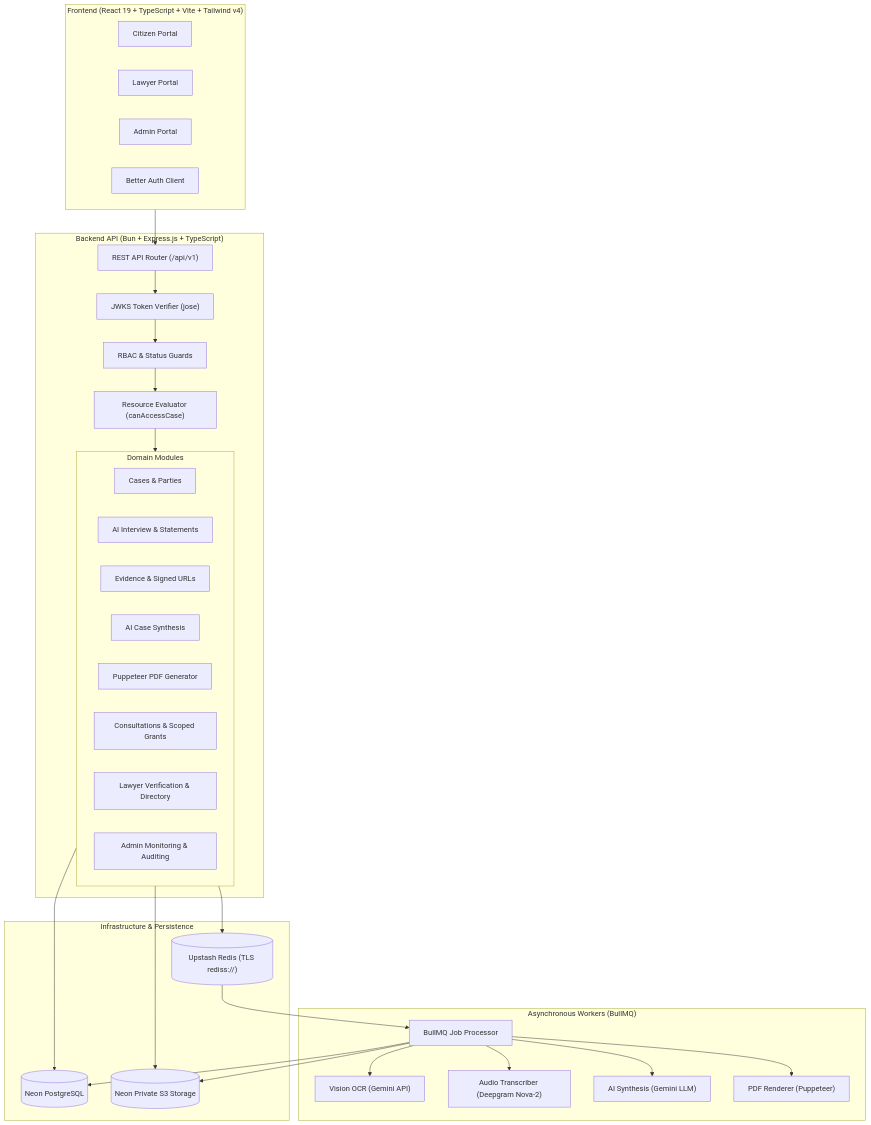
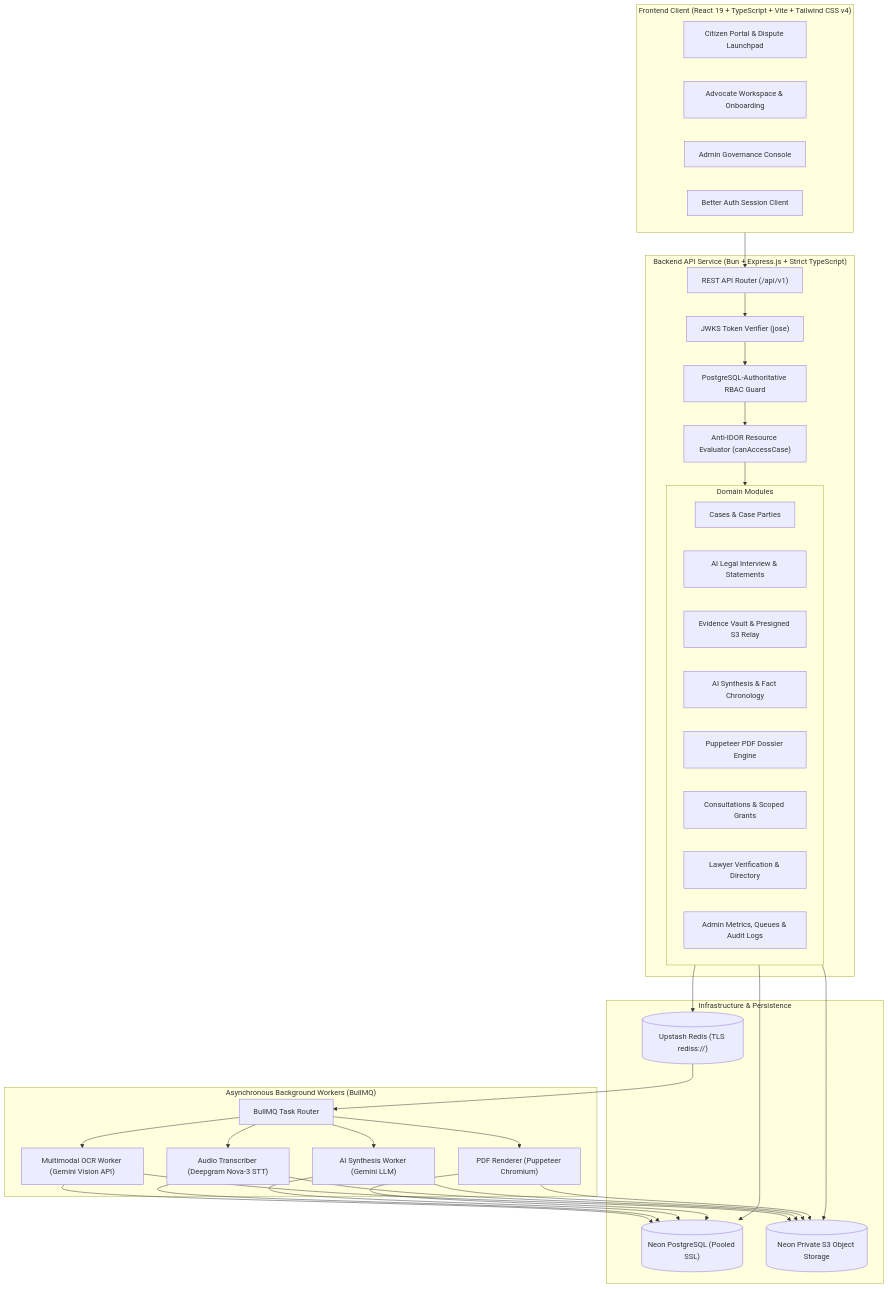
The first of 3 diagrams in README.md (nirajkr26/NyayaPacket-AI), drawn with Mermaid before and after one commit. The commit also changed other lines of this file, not shown here.

````diff
--- a/README.md
+++ b/README.md
@@ -13,51 +59,51 @@
 ```mermaid
 flowchart TB
-    subgraph Client["Frontend (React 19 + TypeScript + Vite + Tailwind v4)"]
-        CP["Citizen Portal"]
-        LP["Lawyer Portal"]
-        AP["Admin Portal"]
-        BetterAuthClient["Better Auth Client"]
+    subgraph Client["Frontend Client (React 19 + TypeScript + Vite + Tailwind CSS v4)"]
+        CP["Citizen Portal & Dispute Launchpad"]
+        LP["Advocate Workspace & Onboarding"]
+        AP["Admin Governance Console"]
+        AuthClient["Better Auth Session Client"]
     end
 
-    subgraph API["Backend API (Bun + Express.js + TypeScript)"]
+    subgraph API["Backend API Service (Bun + Express.js + Strict TypeScript)"]
         Gateway["REST API Router (/api/v1)"]
-        AuthMid["JWKS Token Verifier (jose)"]
-        RBACMid["RBAC & Status Guards"]
-        AuthzMid["Resource Evaluator (canAccessCase)"]
+        JWKSMid["JWKS Token Verifier (jose)"]
+        RBACMid["PostgreSQL-Authoritative RBAC Guard"]
+        AuthzMid["Anti-IDOR Resource Evaluator (canAccessCase)"]
         
-        subgraph Modules["Domain Modules"]
-            CaseM["Cases & Parties"]
-            InterviewM["AI Interview & Statements"]
-            EvidenceM["Evidence & Signed URLs"]
-            AnalysisM["AI Case Synthesis"]
-            PacketM["Puppeteer PDF Generator"]
-            ConsultM["Consultations & Scoped Grants"]
-            LawyerM["Lawyer Verification & Directory"]
-            AdminM["Admin Monitoring & Auditing"]
+        subgraph DomainModules["Domain Modules"]
+            CaseMod["Cases & Case Parties"]
+            InterviewMod["AI Legal Interview & Statements"]
+            EvidenceMod["Evidence Vault & Presigned S3 Relay"]
+            AnalysisMod["AI Synthesis & Fact Chronology"]
+            PacketMod["Puppeteer PDF Dossier Engine"]
+            ConsultMod["Consultations & Scoped Grants"]
+            LawyerMod["Lawyer Verification & Directory"]
+            AdminMod["Admin Metrics, Queues & Audit Logs"]
         end
     end
 
-    subgraph StorageQueues["Infrastructure & Persistence"]
-        PG[("Neon PostgreSQL")]
+    subgraph Infrastructure["Infrastructure & Persistence"]
+        Postgres[("Neon PostgreSQL (Pooled SSL)")]
         RedisQueue[("Upstash Redis (TLS rediss://)")]
-        PrivateS3[("Neon Private S3 Storage")]
+        PrivateS3[("Neon Private S3 Object Storage")]
     end
 
-    subgraph Workers["Asynchronous Workers (BullMQ)"]
-        BullMQ["BullMQ Job Processor"]
-        OCRWorker["Vision OCR (Gemini API)"]
-        AudioWorker["Audio Transcriber (Deepgram Nova-2)"]
-        AIWorker["AI Synthesis (Gemini LLM)"]
-        PDFWorker["PDF Renderer (Puppeteer)"]
+    subgraph Workers["Asynchronous Background Workers (BullMQ)"]
+        BullMQRouter["BullMQ Task Router"]
+        VisionWorker["Multimodal OCR Worker (Gemini Vision API)"]
+        AudioWorker["Audio Transcriber (Deepgram Nova-3 STT)"]
+        SynthesisWorker["AI Synthesis Worker (Gemini LLM)"]
+        PDFWorker["PDF Renderer (Puppeteer Chromium)"]
     end
 
     Client --> Gateway
-    Gateway --> AuthMid --> RBACMid --> AuthzMid --> Modules
-    Modules --> PG
-    Modules --> RedisQueue
-    Modules --> PrivateS3
-    RedisQueue --> BullMQ
-    BullMQ --> OCRWorker & AudioWorker & AIWorker & PDFWorker
-    BullMQ --> PG
-    BullMQ --> PrivateS3
+    Gateway --> JWKSMid --> RBACMid --> AuthzMid --> DomainModules
+    DomainModules --> Postgres
+    DomainModules --> RedisQueue
+    DomainModules --> PrivateS3
+    RedisQueue --> BullMQRouter
+    BullMQRouter --> VisionWorker & AudioWorker & SynthesisWorker & PDFWorker
+    VisionWorker & AudioWorker & SynthesisWorker & PDFWorker --> Postgres
+    VisionWorker & AudioWorker & SynthesisWorker & PDFWorker --> PrivateS3
 ```
````
